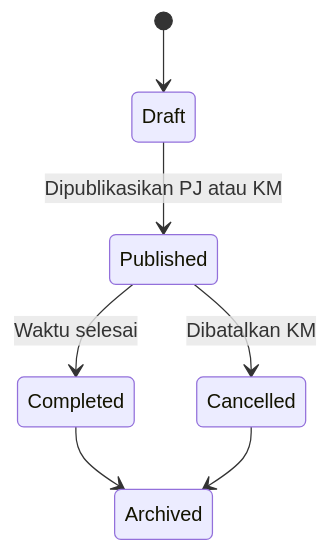
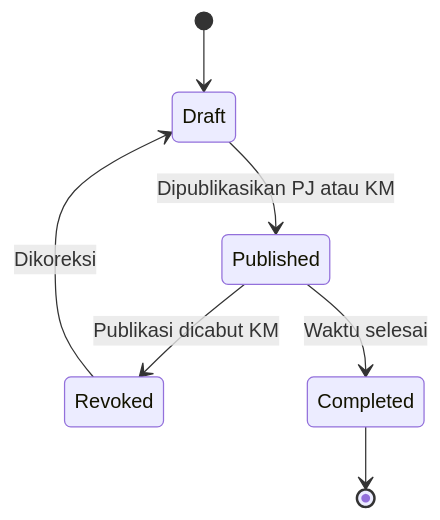
One commit to darvaaph/bot-wa-jadwal changed the fifth of 6 diagrams in docs/product/PRODUCT_DEFINITION.md. Above: the diagram before and after it, drawn with Mermaid. The commit also changed other lines of this file and 16 other files, not shown here.

````diff
--- a/docs/product/PRODUCT_DEFINITION.md
+++ b/docs/product/PRODUCT_DEFINITION.md
@@ -241,9 +241,9 @@
 ```mermaid
 stateDiagram-v2
     [*] --> Draft
     Draft --> Published: Dipublikasikan PJ atau KM
-    Published --> Cancelled: Dibatalkan KM
+    Published --> Revoked: Publikasi dicabut KM
     Published --> Completed: Waktu selesai
-    Completed --> Archived
-    Cancelled --> Archived
+    Revoked --> Draft: Dikoreksi
+    Completed --> [*]
 ```
````
